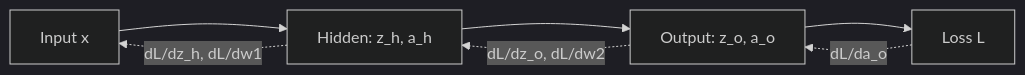
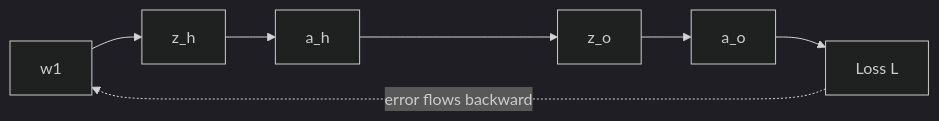
The second of 2 diagrams in notes/step-02-deep-learning-and-neural-networks/031-math-behind-backpropagation.md (kaisarnajar/outcome-school-blogs), drawn with Mermaid (dark theme) before and after one commit. The commit also changed other lines of this file and 233 other files, not shown here.

````diff
--- a/notes/step-02-deep-learning-and-neural-networks/031-math-behind-backpropagation.md
+++ b/notes/step-02-deep-learning-and-neural-networks/031-math-behind-backpropagation.md
@@ -38,9 +77,5 @@
 ```mermaid
 flowchart LR
-    A["Input x"] --> B["Hidden: z_h, a_h"]
-    B --> C["Output: z_o, a_o"]
-    C --> D["Loss L"]
-    D -.->|"dL/da_o"| C
-    C -.->|"dL/dz_o, dL/dw2"| B
-    B -.->|"dL/dz_h, dL/dw1"| A
+    W1["w1"] --> ZH["z_h"] --> AH["a_h"] --> ZO["z_o"] --> AO["a_o"] --> LL["Loss L"]
+    LL -.->|"error flows backward"| W1
 ```
````
